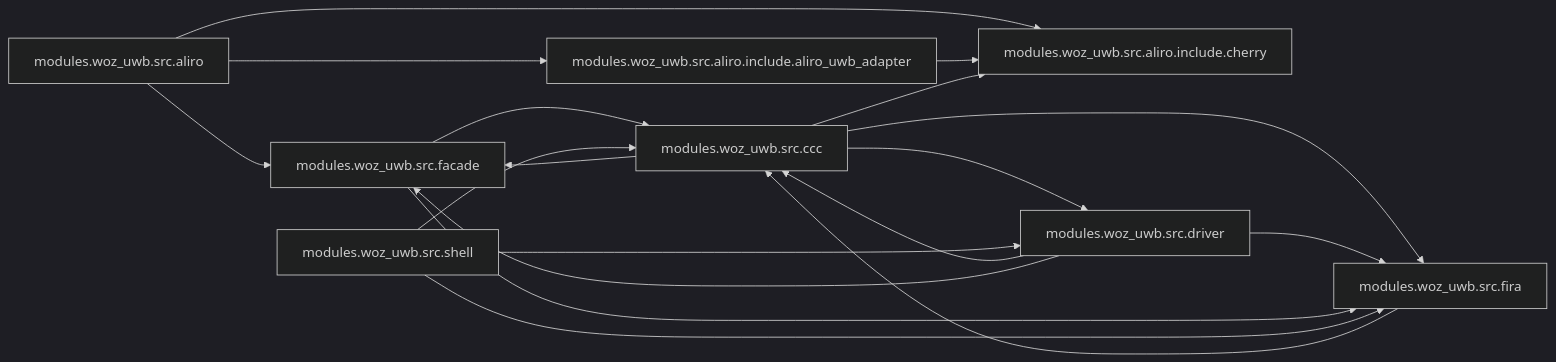
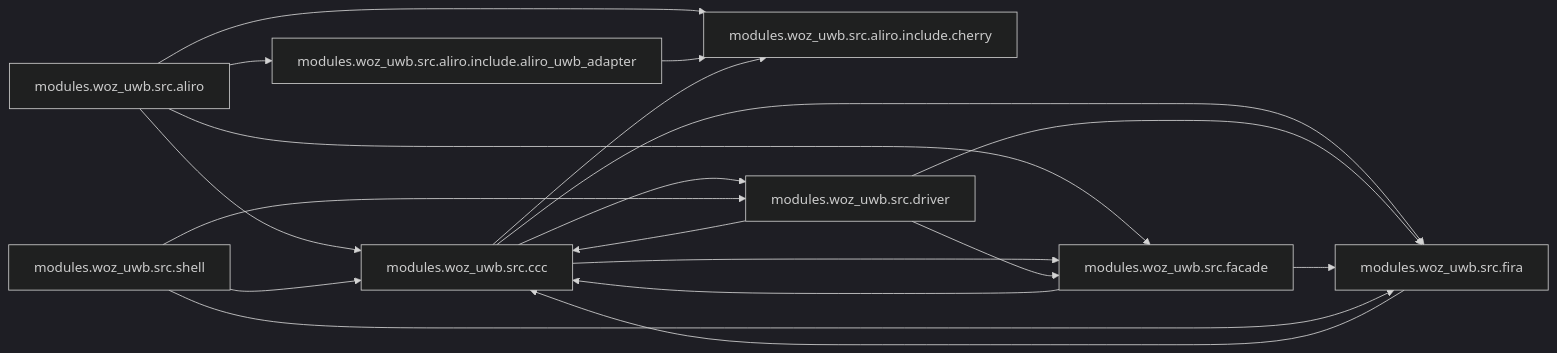
Before and after one commit to jonathan-shc/UWB: the diagram in docs/ARCHITECTURE.md, drawn with Mermaid (dark theme). The commit also changed other lines of this file and 18 other files, not shown here.

````diff
--- a/docs/ARCHITECTURE.md
+++ b/docs/ARCHITECTURE.md
@@ -6,20 +6,21 @@
 ```mermaid
 flowchart LR
   modules.woz_uwb.src.aliro --> modules.woz_uwb.src.aliro.include.aliro_uwb_adapter
   modules.woz_uwb.src.aliro --> modules.woz_uwb.src.aliro.include.cherry
+  modules.woz_uwb.src.aliro --> modules.woz_uwb.src.ccc
   modules.woz_uwb.src.aliro --> modules.woz_uwb.src.facade
   modules.woz_uwb.src.aliro.include.aliro_uwb_adapter --> modules.woz_uwb.src.aliro.include.cherry
   modules.woz_uwb.src.ccc --> modules.woz_uwb.src.aliro.include.cherry
   modules.woz_uwb.src.ccc --> modules.woz_uwb.src.driver
   modules.woz_uwb.src.ccc --> modules.woz_uwb.src.facade
   modules.woz_uwb.src.ccc --> modules.woz_uwb.src.fira
   modules.woz_uwb.src.driver --> modules.woz_uwb.src.ccc
   modules.woz_uwb.src.driver --> modules.woz_uwb.src.facade
   modules.woz_uwb.src.driver --> modules.woz_uwb.src.fira
   modules.woz_uwb.src.facade --> modules.woz_uwb.src.ccc
   modules.woz_uwb.src.facade --> modules.woz_uwb.src.fira
   modules.woz_uwb.src.fira --> modules.woz_uwb.src.ccc
   modules.woz_uwb.src.shell --> modules.woz_uwb.src.ccc
   modules.woz_uwb.src.shell --> modules.woz_uwb.src.driver
   modules.woz_uwb.src.shell --> modules.woz_uwb.src.fira
 ```
````
